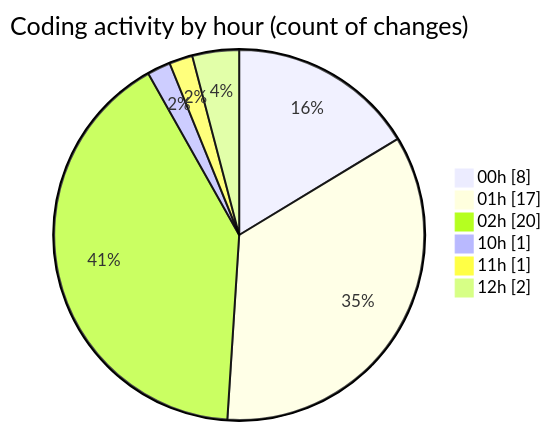
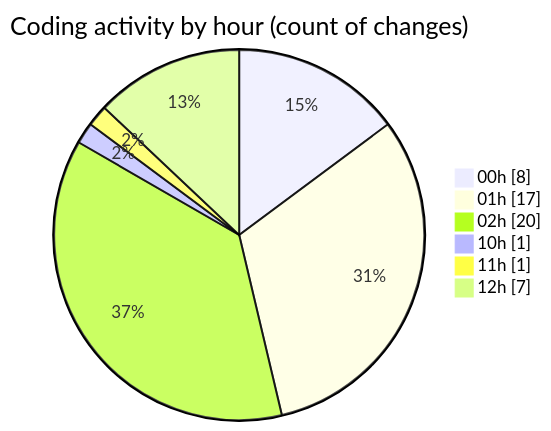
The second of 2 diagrams in 2025-05-02/niten/README.md (Elitesun/code-tracking), drawn with Mermaid before and after one commit. The commit also changed other lines of this file and 1 other file, not shown here.

````diff
--- a/2025-05-02/niten/README.md
+++ b/2025-05-02/niten/README.md
@@ -47,10 +50,10 @@
 ```mermaid
 pie showData
 title Coding activity by hour (count of changes)
 "00h" : 8
 "01h" : 17
 "02h" : 20
 "10h" : 1
 "11h" : 1
-"12h" : 2
+"12h" : 7
 ```
````
